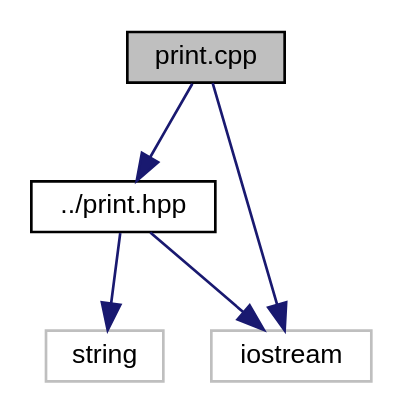
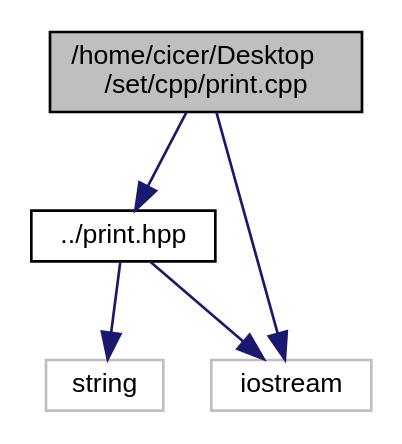
Before and after one commit to cicer-0/Doc_Set.github.io: the diagram in print_8cpp__incl.dot, drawn with Graphviz. The commit also changed 104 other files, not shown here.

```diff
--- a/print_8cpp__incl.dot
+++ b/print_8cpp__incl.dot
@@ -1,14 +1,14 @@
-digraph "print.cpp"
+digraph "/home/cicer/Desktop/set/cpp/print.cpp"
 {
  // LATEX_PDF_SIZE
   edge [fontname="Helvetica",fontsize="10",labelfontname="Helvetica",labelfontsize="10"];
   node [fontname="Helvetica",fontsize="10",shape=record];
-  Node1 [label="print.cpp",height=0.2,width=0.4,color="black", fillcolor="grey75", style="filled", fontcolor="black",tooltip=" "];
+  Node1 [label="/home/cicer/Desktop\l/set/cpp/print.cpp",height=0.2,width=0.4,color="black", fillcolor="grey75", style="filled", fontcolor="black",tooltip=" "];
   Node1 -> Node2 [color="midnightblue",fontsize="10",style="solid",fontname="Helvetica"];
   Node2 [label="../print.hpp",height=0.2,width=0.4,color="black", fillcolor="white", style="filled",URL="$print_8hpp.html",tooltip="Salida a Colores."];
   Node2 -> Node3 [color="midnightblue",fontsize="10",style="solid",fontname="Helvetica"];
   Node3 [label="string",height=0.2,width=0.4,color="grey75", fillcolor="white", style="filled",tooltip=" "];
   Node2 -> Node4 [color="midnightblue",fontsize="10",style="solid",fontname="Helvetica"];
   Node4 [label="iostream",height=0.2,width=0.4,color="grey75", fillcolor="white", style="filled",tooltip=" "];
   Node1 -> Node4 [color="midnightblue",fontsize="10",style="solid",fontname="Helvetica"];
 }
```
